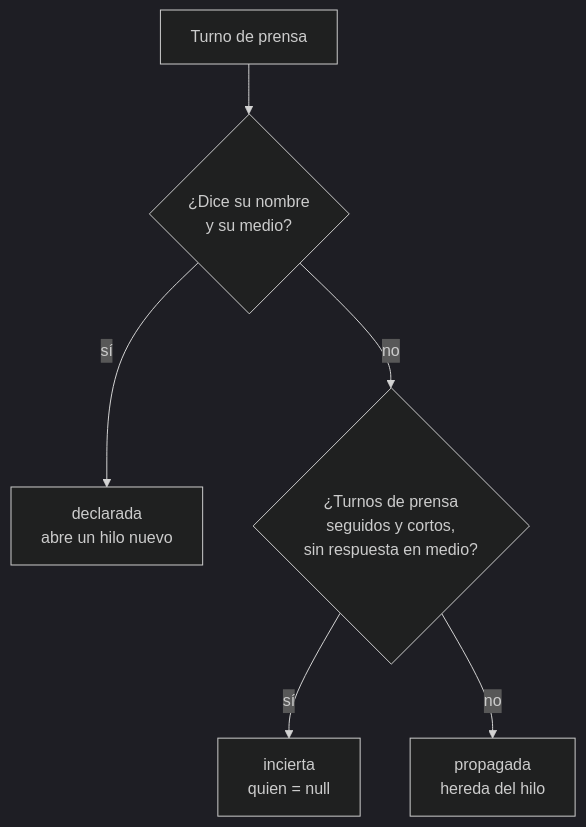
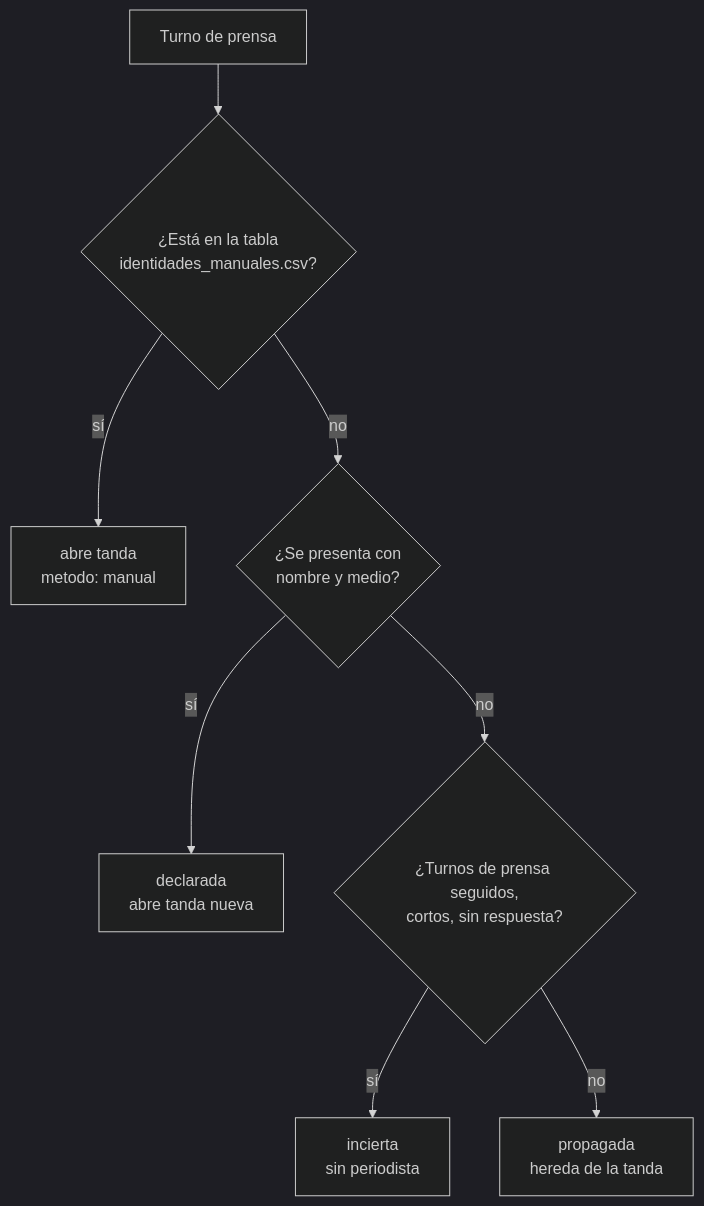
One commit to jmtoral/preguntas-mananera changed the second of 3 diagrams in README.md. Above: the diagram before and after it, drawn with Mermaid (dark theme). The commit also changed other lines of this file, not shown here.

````diff
--- a/README.md
+++ b/README.md
@@ -110,8 +180,10 @@
 ```mermaid
 flowchart TD
-    T["Turno de prensa"] --> P{"¿Dice su nombre<br/>y su medio?"}
-    P -->|sí| D["declarada<br/>abre un hilo nuevo"]
-    P -->|no| R{"¿Turnos de prensa<br/>seguidos y cortos,<br/>sin respuesta en medio?"}
-    R -->|sí| I["incierta<br/>quien = null"]
-    R -->|no| G["propagada<br/>hereda del hilo"]
+  T["Turno de prensa"] --> M{"¿Está en la tabla<br/>identidades_manuales.csv?"}
+  M -->|sí| MAN["abre tanda<br/>metodo: manual"]
+  M -->|no| P{"¿Se presenta con<br/>nombre y medio?"}
+  P -->|sí| D["declarada<br/>abre tanda nueva"]
+  P -->|no| R{"¿Turnos de prensa seguidos,<br/>cortos, sin respuesta?"}
+  R -->|sí| I["incierta<br/>sin periodista"]
+  R -->|no| G["propagada<br/>hereda de la tanda"]
 ```
````
